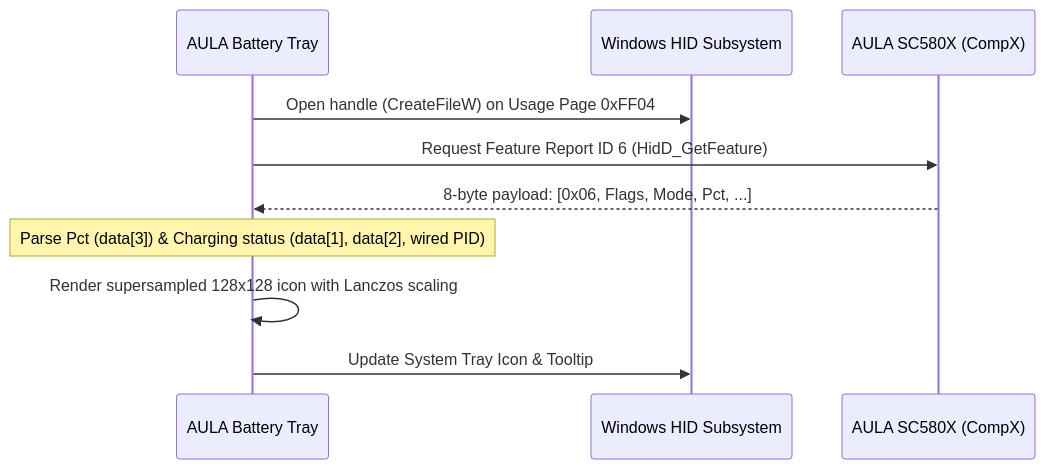
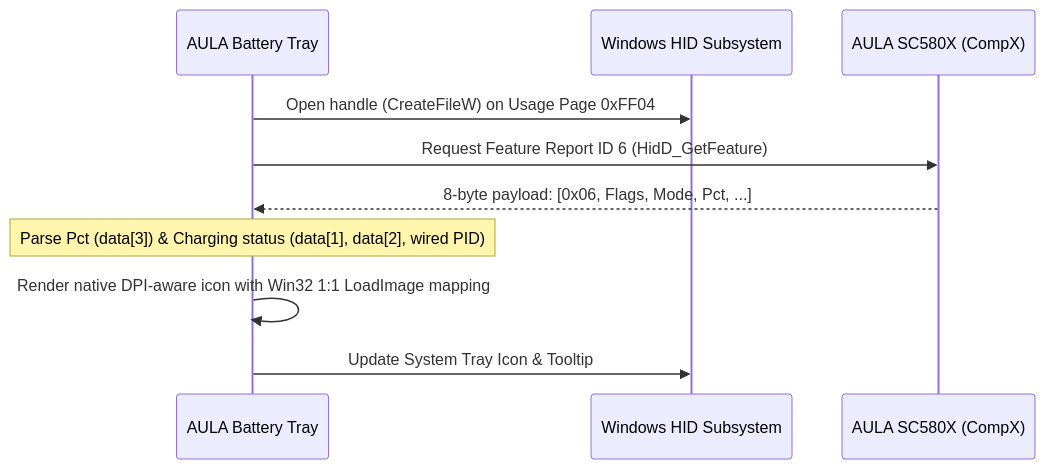
Before and after one commit to millathossain115/AULA-SC580X-Battery-Indicator-win-taskbar: the diagram in README.md, drawn with Mermaid. The commit also changed 10 other files, not shown here.

Commit message:
fix: match Windows 11 clock typography, Segoe UI 400, process takeover, and native 1:1 LoadImage tray rendering

````diff
--- a/README.md
+++ b/README.md
@@ -90,13 +90,13 @@
 ```mermaid
 sequenceDiagram
     participant App as AULA Battery Tray
     participant Win32 as Windows HID Subsystem
     participant Mouse as AULA SC580X (CompX)
 
     App->>Win32: Open handle (CreateFileW) on Usage Page 0xFF04
     App->>Mouse: Request Feature Report ID 6 (HidD_GetFeature)
     Mouse-->>App: 8-byte payload: [0x06, Flags, Mode, Pct, ...]
     Note over App: Parse Pct (data[3]) & Charging status (data[1], data[2], wired PID)
-    App->>App: Render supersampled 128x128 icon with Lanczos scaling
+    App->>App: Render native DPI-aware icon with Win32 1:1 LoadImage mapping
     App->>Win32: Update System Tray Icon & Tooltip
 ```
````
